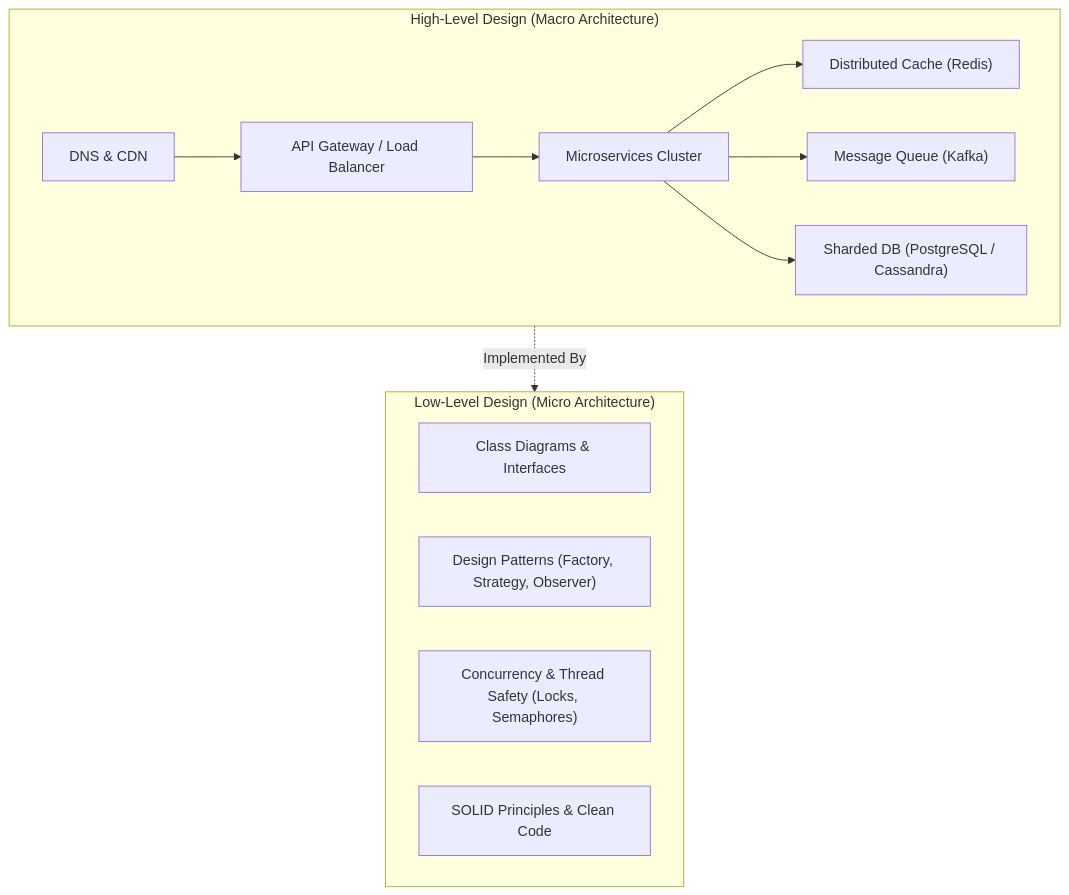
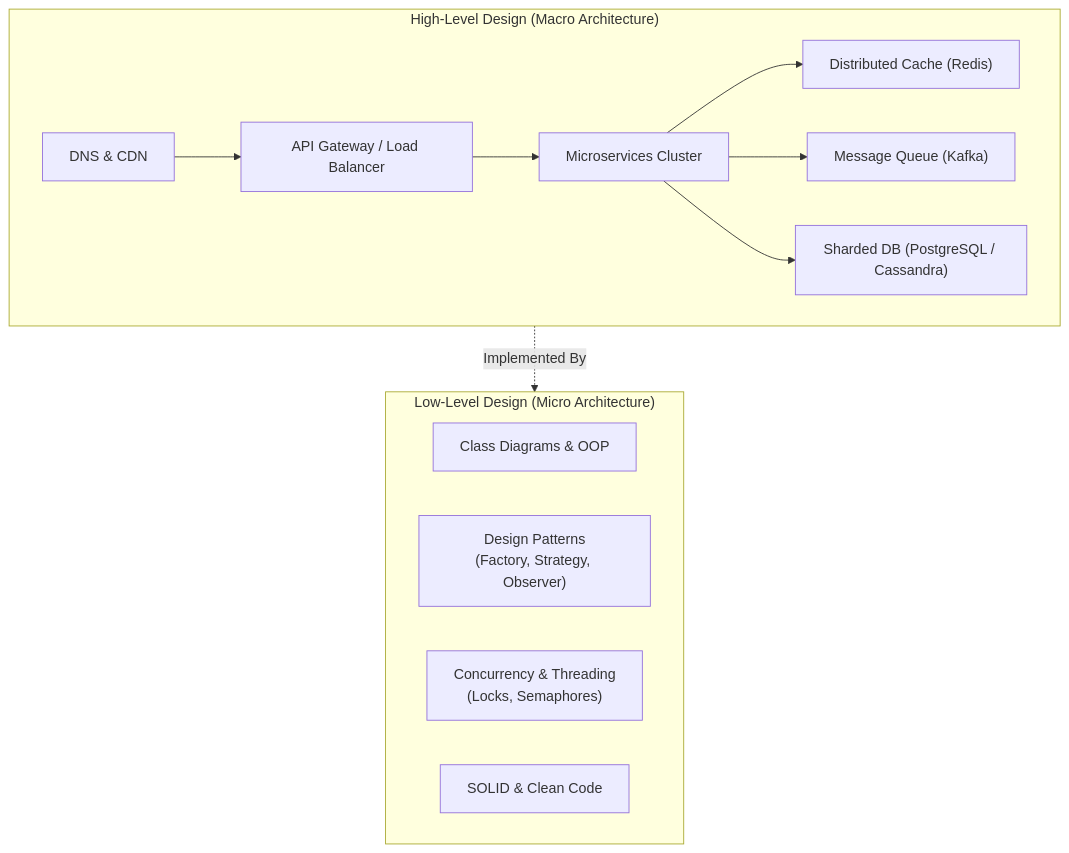
Before and after one commit to Sourav108/strivers-lld: the first of 3 diagrams in strivers-hld/01-Introduction-to-HLD/README.md, drawn with Mermaid. The commit also changed 39 other files, not shown here.

Commit message:
fix(mermaid): wrap node labels, simplify diamonds, and reformat wide diagrams for perfect GitHub rendering

````diff
--- a/strivers-hld/01-Introduction-to-HLD/README.md
+++ b/strivers-hld/01-Introduction-to-HLD/README.md
@@ -7,19 +7,19 @@
 ```mermaid
 flowchart TD
     subgraph HLD["High-Level Design (Macro Architecture)"]
         A["DNS & CDN"] --> B["API Gateway / Load Balancer"]
         B --> C["Microservices Cluster"]
         C --> D["Distributed Cache (Redis)"]
         C --> E["Message Queue (Kafka)"]
         C --> F["Sharded DB (PostgreSQL / Cassandra)"]
     end
     
     subgraph LLD["Low-Level Design (Micro Architecture)"]
-        G["Class Diagrams & Interfaces"]
-        H["Design Patterns (Factory, Strategy, Observer)"]
-        I["Concurrency & Thread Safety (Locks, Semaphores)"]
-        J["SOLID Principles & Clean Code"]
+        G["Class Diagrams & OOP"]
+        H["Design Patterns<br/>(Factory, Strategy, Observer)"]
+        I["Concurrency & Threading<br/>(Locks, Semaphores)"]
+        J["SOLID & Clean Code"]
     end
     
     HLD -.->|"Implemented By"| LLD
 ```
````
